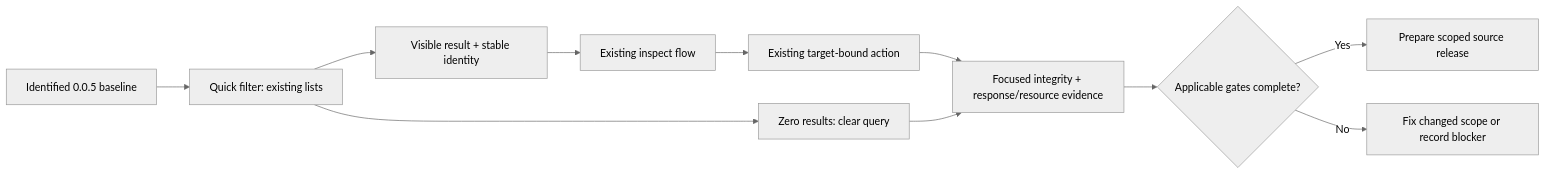
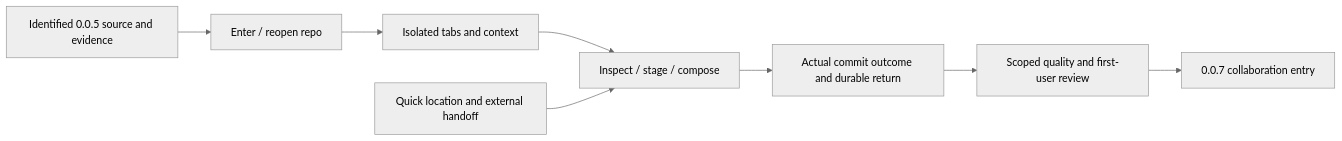
One commit to partnernetsoftware/minicon-srcmgr changed the diagram in plan/plan-0.0.6.md. Above: the diagram before and after it, drawn with Mermaid (neutral theme). The commit also changed other lines of this file and 10 other files, not shown here.

Commit message:
docs: define usable 0.1.0 client scope and delivery roadmap

````diff
--- a/plan/plan-0.0.6.md
+++ b/plan/plan-0.0.6.md
@@ -25,13 +37,9 @@
 ```mermaid
 flowchart LR
-    B["Identified 0.0.5 baseline"] --> F["Quick filter: existing lists"]
-    F --> I["Visible result + stable identity"]
-    I --> D["Existing inspect flow"]
-    D --> A["Existing target-bound action"]
-    F --> E["Zero results: clear query"]
-    A --> Q["Focused integrity + response/resource evidence"]
-    E --> Q
-    Q --> G{"Applicable gates complete?"}
-    G -->|Yes| R["Prepare scoped source release"]
-    G -->|No| H["Fix changed scope or record blocker"]
+    B["Identified 0.0.5 source and evidence"] --> A["Enter / reopen repo"]
+    A --> T["Isolated tabs and context"] --> C["Inspect / stage / compose"]
+    C --> R["Actual commit outcome and durable return"]
+    F["Quick location and external handoff"] --> C
+    R --> Q["Scoped quality and first-user review"]
+    Q --> N["0.0.7 collaboration entry"]
 ```
````
